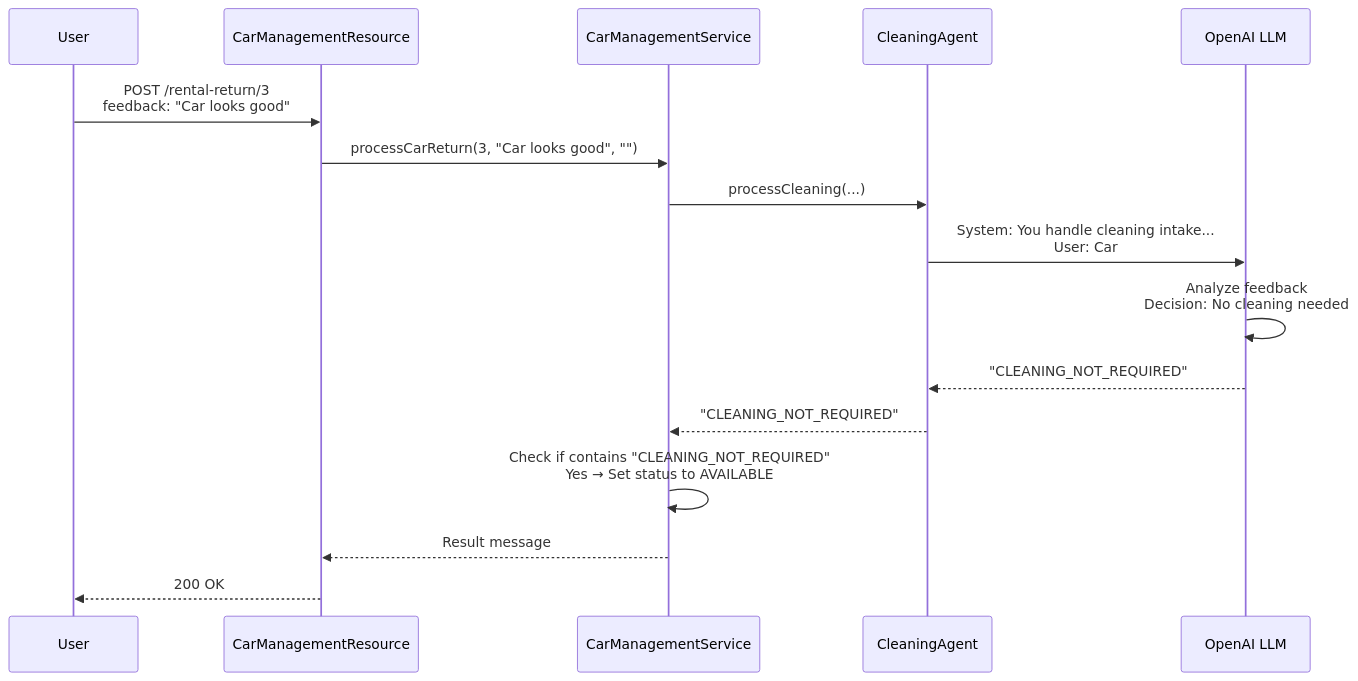
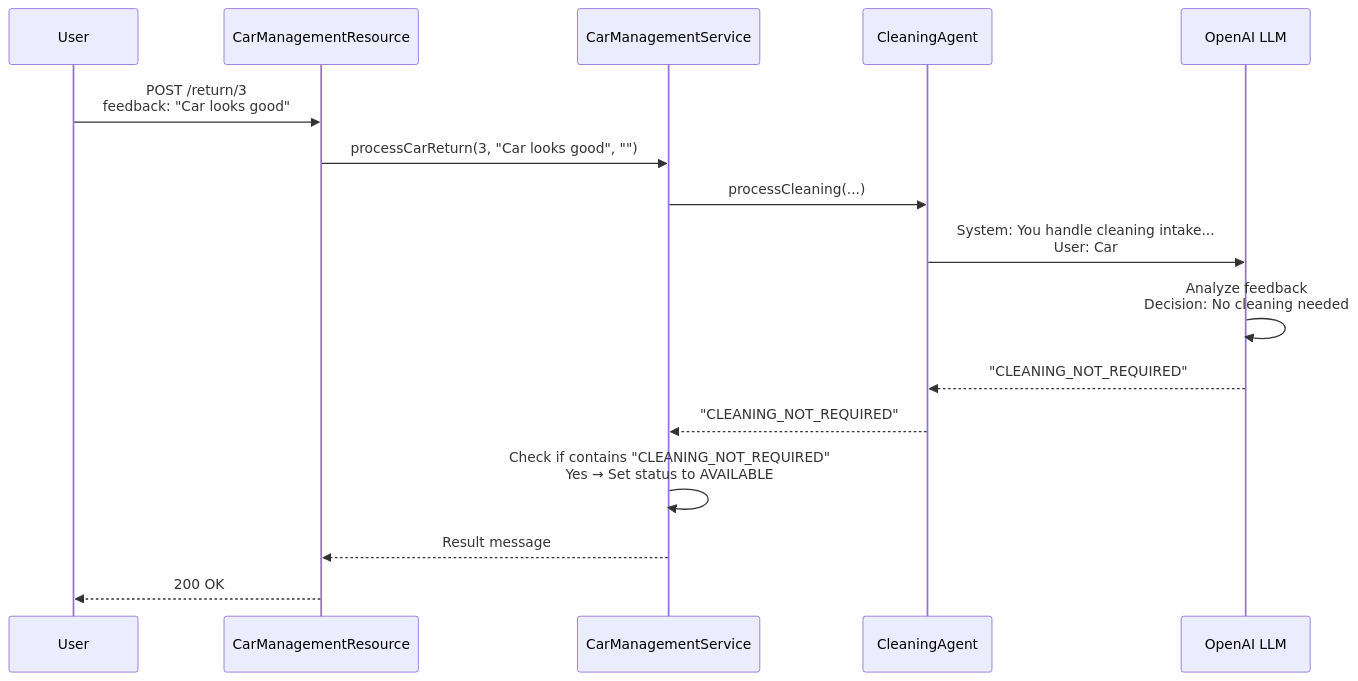
One commit to quarkusio/quarkus-workshop-langchain4j changed the second of 2 diagrams in docs/docs/section-2/step-01.md. Above: the diagram before and after it, drawn with Mermaid. The commit also changed other lines of this file and 88 other files, not shown here.

````diff
--- a/docs/docs/section-2/step-01.md
+++ b/docs/docs/section-2/step-01.md
@@ -377,19 +371,19 @@
 ```mermaid
 sequenceDiagram
     participant User
     participant REST as CarManagementResource
     participant Service as CarManagementService
     participant Agent as CleaningAgent
     participant LLM as OpenAI LLM
 
-    User->>REST: POST /rental-return/3<br/>feedback: "Car looks good"
+    User->>REST: POST /return/3<br/>feedback: "Car looks good"
     REST->>Service: processCarReturn(3, "Car looks good", "")
     Service->>Agent: processCleaning(...)
     Agent->>LLM: System: You handle cleaning intake...<br/>User: Car #3, feedback: "Car looks good"
     LLM->>LLM: Analyze feedback<br/>Decision: No cleaning needed
     LLM-->>Agent: "CLEANING_NOT_REQUIRED"
     Agent-->>Service: "CLEANING_NOT_REQUIRED"
     Service->>Service: Check if contains "CLEANING_NOT_REQUIRED"<br/>Yes → Set status to AVAILABLE
     Service-->>REST: Result message
     REST-->>User: 200 OK
 ```
````
